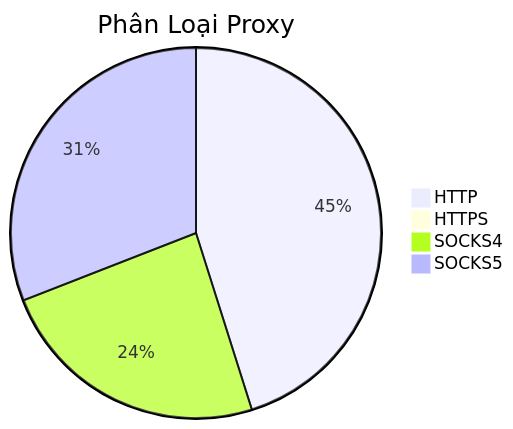
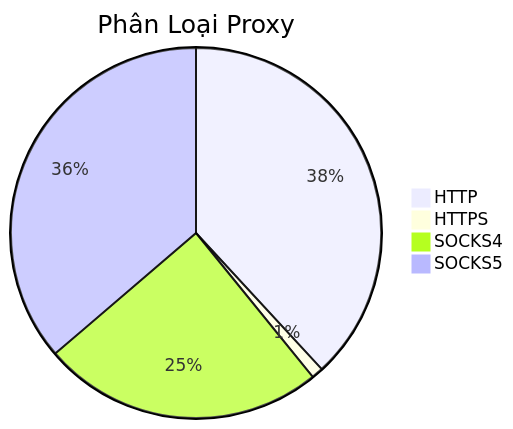
The diagram in README.md (Ciara-Aa/PROXY-free), drawn with Mermaid before and after one commit. The commit also changed other lines of this file and 3 other files, not shown here.

````diff
--- a/README.md
+++ b/README.md
@@ -26,7 +26,7 @@
 ```mermaid
 pie title Phân Loại Proxy
-    "HTTP" : 324
+    "HTTP" : 225
     "HTTPS" : 6
-    "SOCKS4" : 172
-    "SOCKS5" : 222
+    "SOCKS4" : 145
+    "SOCKS5" : 214
 ```
````
